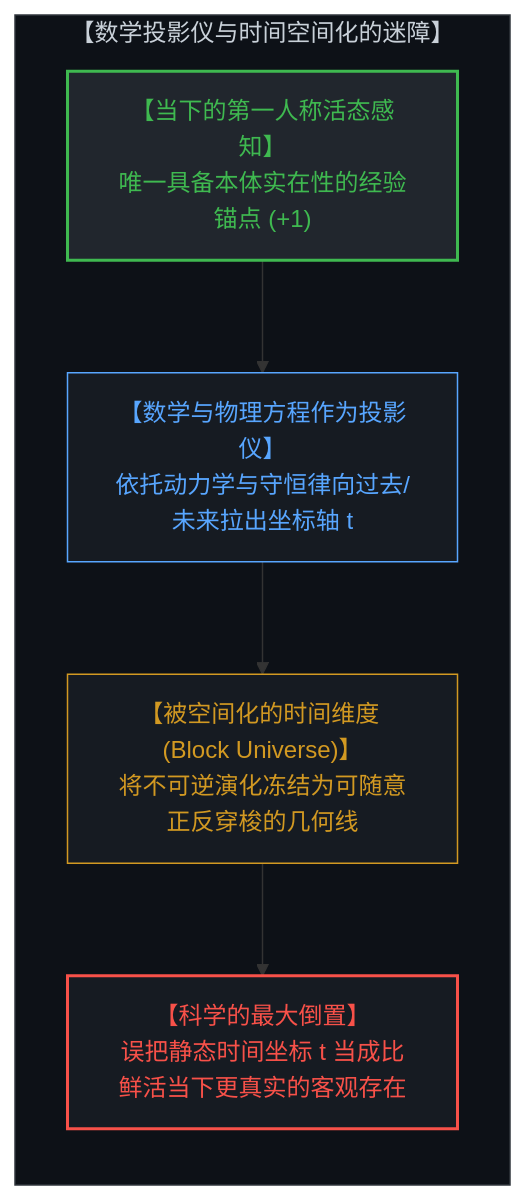
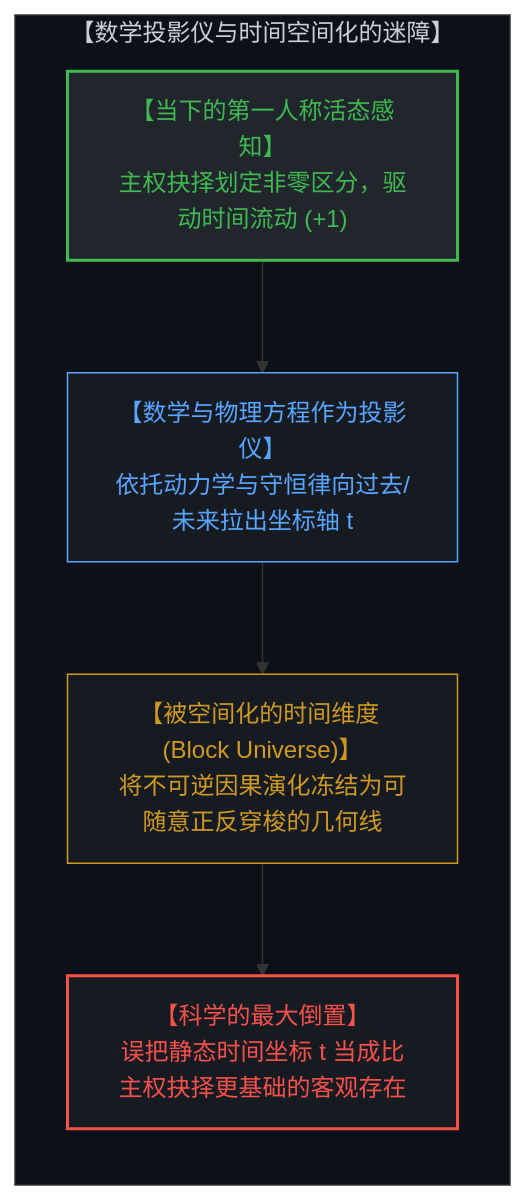
Before and after one commit to powerpig99/not-a-toe: the fourth of 6 diagrams in content/posts/the-illusion-of-the-tool-and-the-inversion-of-time.md, drawn with Mermaid. The commit also changed other lines of this file and 3 other files, not shown here.

````diff
--- a/content/posts/the-illusion-of-the-tool-and-the-inversion-of-time.md
+++ b/content/posts/the-illusion-of-the-tool-and-the-inversion-of-time.md
@@ -189,18 +191,18 @@
 ```mermaid
 graph TD
     subgraph SpatializedTimeTrap["【数学投影仪与时间空间化的迷障】"]
         direction TB
-        FeltPresentNow["【当下的第一人称活态感知】<br>唯一具备本体实在性的经验锚点 (+1)"]
+        FeltPresentNow["【当下的第一人称活态感知】<br>主权抉择划定非零区分，驱动时间流动 (+1)"]
         MathAsProjector["【数学与物理方程作为投影仪】<br>依托动力学与守恒律向过去/未来拉出坐标轴 t"]
-        SpatializedDimension["【被空间化的时间维度 (Block Universe)】<br>将不可逆演化冻结为可随意正反穿梭的几何线"]
-        TimeInversionIllusion["【科学的最大倒置】<br>误把静态时间坐标 t 当成比鲜活当下更真实的客观存在"]
+        SpatializedDimension["【被空间化的时间维度 (Block Universe)】<br>将不可逆因果演化冻结为可随意正反穿梭的几何线"]
+        TimeInversionIllusion["【科学的最大倒置】<br>误把静态时间坐标 t 当成比主权抉择更基础的客观存在"]
         FeltPresentNow --> MathAsProjector
         MathAsProjector --> SpatializedDimension
         SpatializedDimension --> TimeInversionIllusion
     end
     style SpatializedTimeTrap fill:#0d1117,stroke:#30363d,stroke-width:1px,color:#c9d1d9
     style FeltPresentNow fill:#21262d,stroke:#3fb950,stroke-width:2px,color:#3fb950
     style MathAsProjector fill:#161b22,stroke:#58a6ff,stroke-width:1px,color:#58a6ff
     style SpatializedDimension fill:#161b22,stroke:#d29922,stroke-width:1px,color:#d29922
     style TimeInversionIllusion fill:#161b22,stroke:#f85149,stroke-width:2px,color:#f85149
 ```
````
